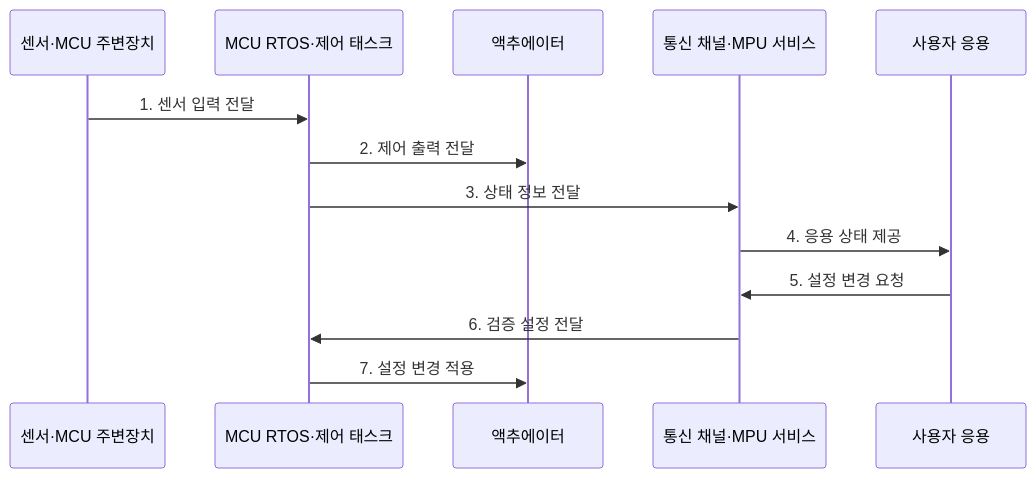
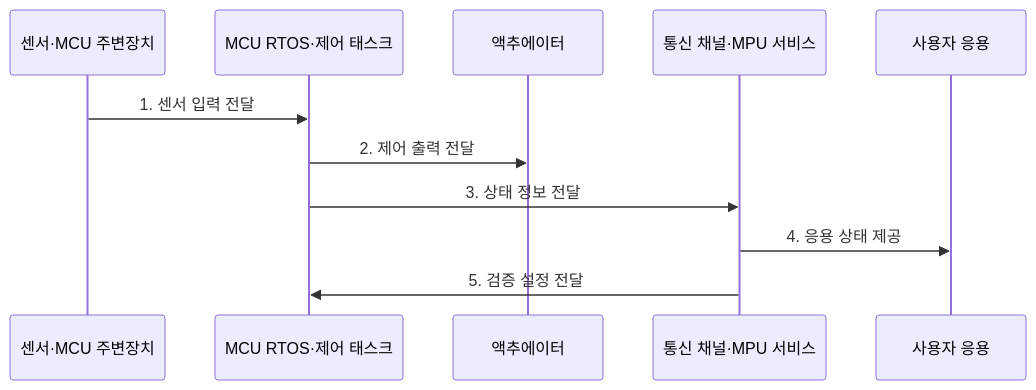
The second of 2 diagrams in src/content/docs/notes/02-hardware/083_microcontroller_vs_microprocessor.md (agnusdei1207/knowledge-base), drawn with Mermaid before and after one commit. The commit also changed other lines of this file and 86 other files, not shown here.

````diff
--- a/src/content/docs/notes/02-hardware/083_microcontroller_vs_microprocessor.md
+++ b/src/content/docs/notes/02-hardware/083_microcontroller_vs_microprocessor.md
@@ -85,16 +87,14 @@
 ```mermaid
 sequenceDiagram
     participant P as 센서·MCU 주변장치
     participant R as MCU RTOS·제어 태스크
     participant A as 액추에이터
     participant M as 통신 채널·MPU 서비스
     participant U as 사용자 응용
 
     P->>R: 1. 센서 입력 전달
     R->>A: 2. 제어 출력 전달
     R->>M: 3. 상태 정보 전달
     M->>U: 4. 응용 상태 제공
-    U->>M: 5. 설정 변경 요청
-    M->>R: 6. 검증 설정 전달
-    R->>A: 7. 설정 변경 적용
+    M->>R: 5. 검증 설정 전달
 ```
````
